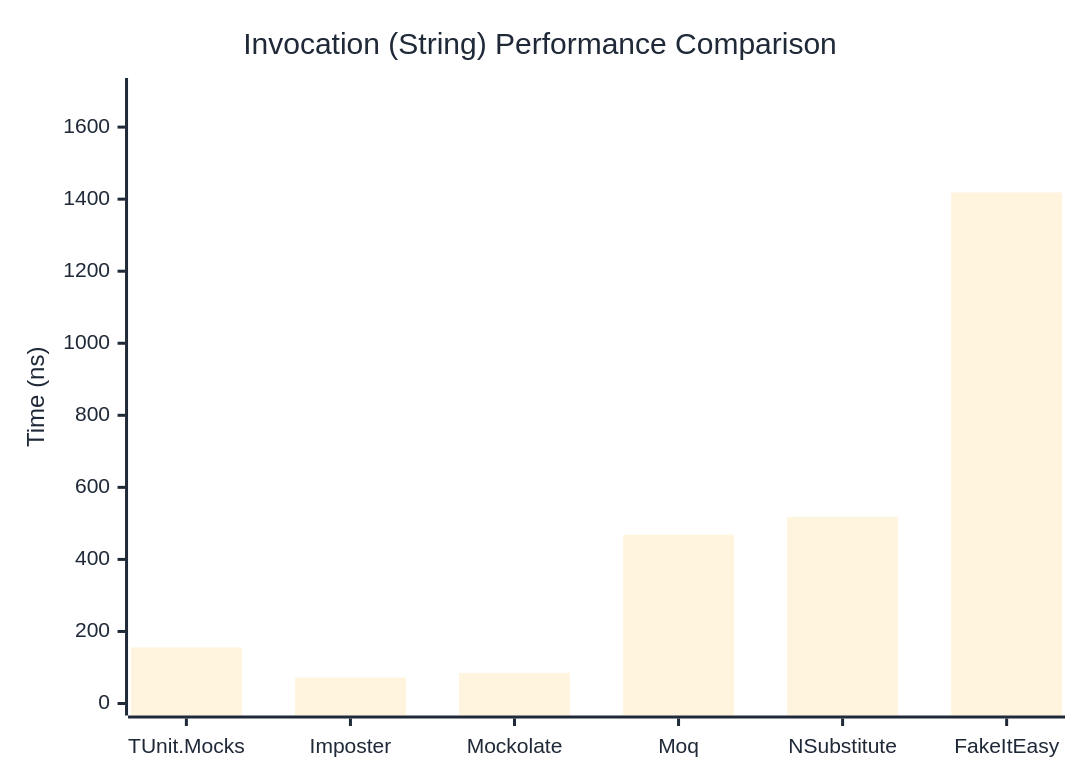
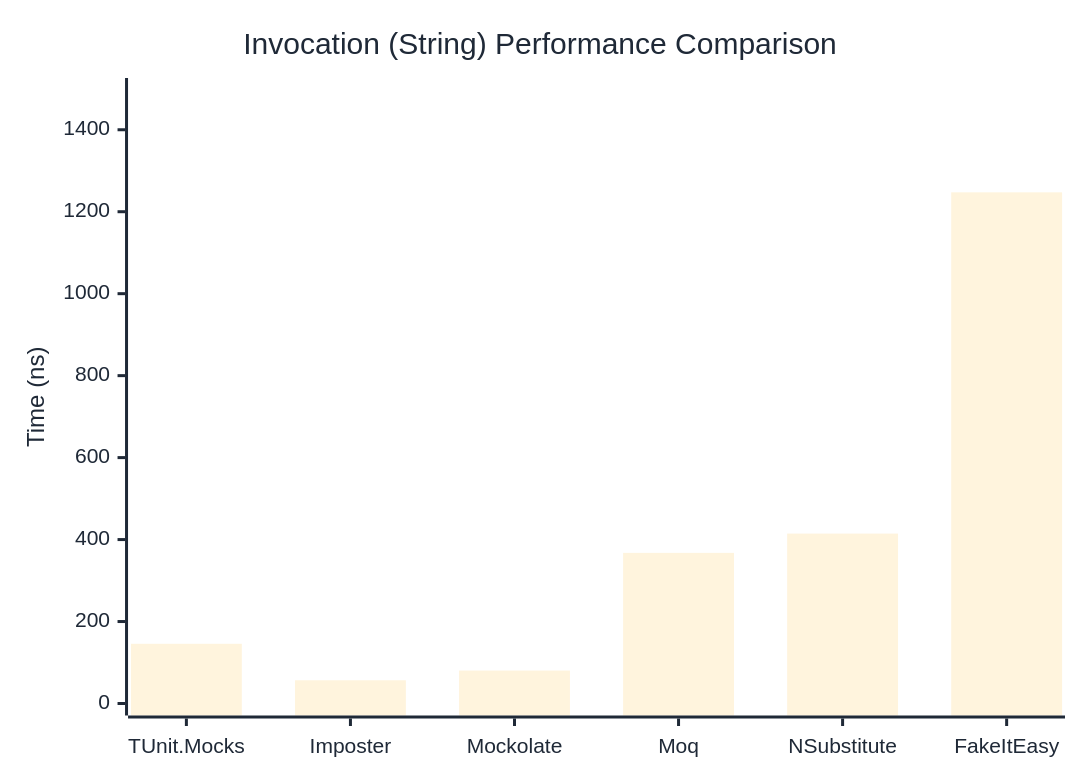
Before and after one commit to thomhurst/TUnit: the second of 3 diagrams in docs/docs/benchmarks/mocks/Invocation.md, drawn with Mermaid. The commit also changed other lines of this file and 14 other files, not shown here.

````diff
--- a/docs/docs/benchmarks/mocks/Invocation.md
+++ b/docs/docs/benchmarks/mocks/Invocation.md
@@ -71,27 +71,27 @@
 ```mermaid
 %%{init: {
   'theme':'base',
   'themeVariables': {
     'primaryColor': '#2563eb',
     'primaryTextColor': '#1f2937',
     'primaryBorderColor': '#1e40af',
     'lineColor': '#6b7280',
     'secondaryColor': '#7c3aed',
     'tertiaryColor': '#dc2626',
     'background': '#ffffff',
     'pie1': '#2563eb',
     'pie2': '#7c3aed',
     'pie3': '#dc2626',
     'pie4': '#f59e0b',
     'pie5': '#10b981',
     'pie6': '#06b6d4',
     'pie7': '#ec4899',
     'pie8': '#6366f1'
   }
 }}%%
 xychart-beta
   title "Invocation (String) Performance Comparison"
   x-axis ["TUnit.Mocks", "Imposter", "Mockolate", "Moq", "NSubstitute", "FakeItEasy"]
-  y-axis "Time (ns)" 0 --> 1703
-  bar [155.57, 71.78, 85.2, 468.71, 518.22, 1418.63]
+  y-axis "Time (ns)" 0 --> 1497
+  bar [145.73, 56.65, 80.4, 367.57, 414.62, 1247.28]
 ```
````
